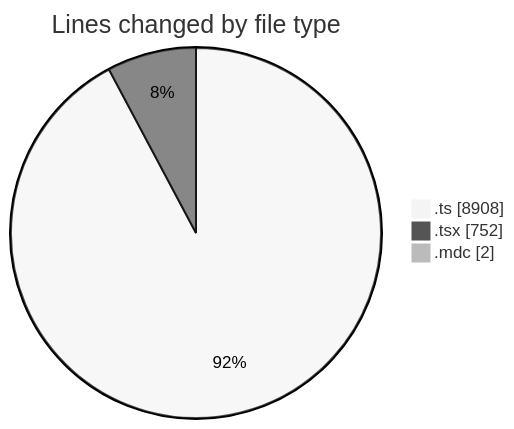
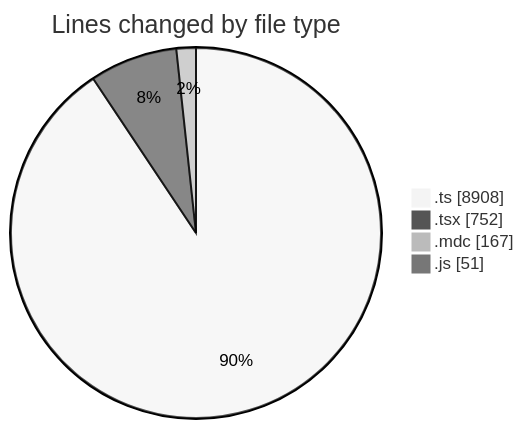
The first of 2 diagrams in 2025-06-06/ecodeli-1/README.md (CELIANVF/code-tracking), drawn with Mermaid (neutral theme) before and after one commit. The commit also changed other lines of this file and 1 other file, not shown here.

````diff
--- a/2025-06-06/ecodeli-1/README.md
+++ b/2025-06-06/ecodeli-1/README.md
@@ -43,7 +45,8 @@
 ```mermaid
 pie showData
 title Lines changed by file type
 ".ts" : 8908
 ".tsx" : 752
-".mdc" : 2
+".mdc" : 167
+".js" : 51
 ```
````
